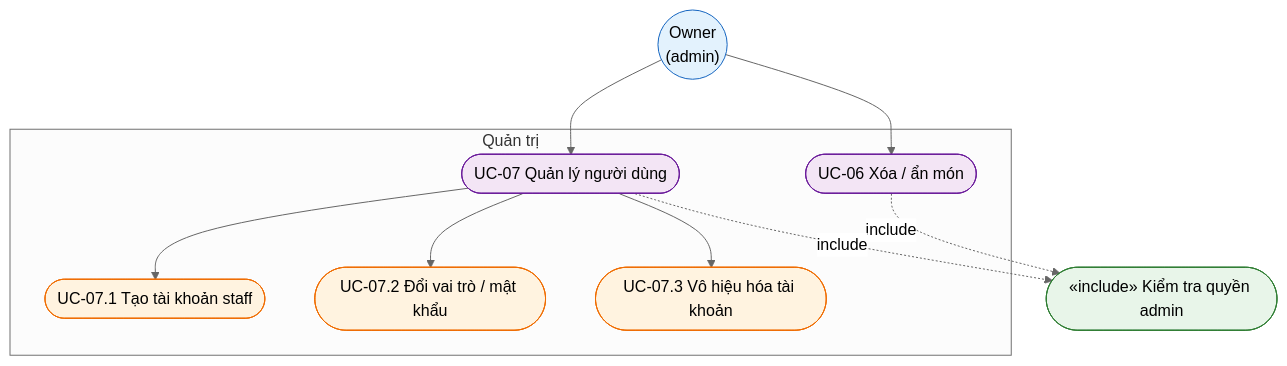
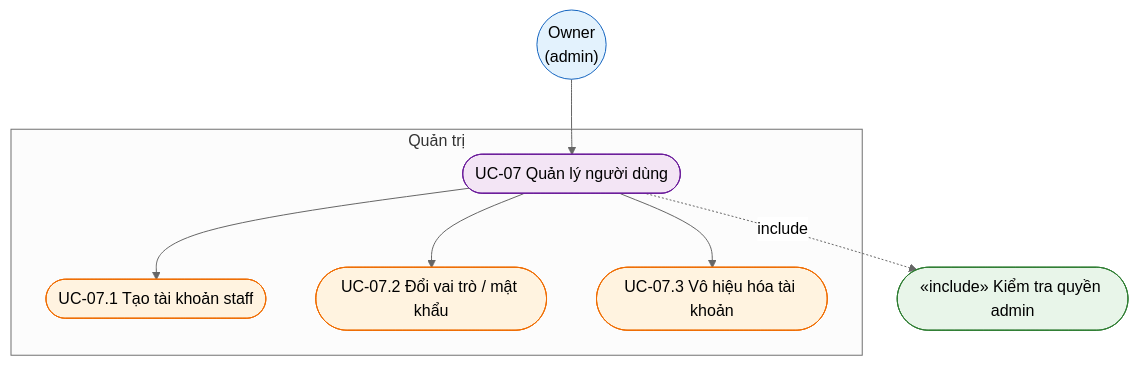
Before and after one commit to gems-digital/gem-digital-center-hub: the sixth of 6 diagrams in inventory-app/usecase/use-cases.md, drawn with Mermaid (neutral theme). The commit also changed other lines of this file and 2 other files, not shown here.

First line of the commit message:
docs: design soft-delete (ẩn món) feature for inventory UC-06

````diff
--- a/inventory-app/usecase/use-cases.md
+++ b/inventory-app/usecase/use-cases.md
@@ -166,20 +193,18 @@
 ```mermaid
 flowchart TB
     o(("Owner<br/>(admin)")):::actor
-    subgraph G4["Quản trị"]
-      u6(["UC-06 Xóa / ẩn món"]):::uc
+    subgraph G4b["Quản trị"]
       u7(["UC-07 Quản lý người dùng"]):::uc
       u71(["UC-07.1 Tạo tài khoản staff"]):::sub
       u72(["UC-07.2 Đổi vai trò / mật khẩu"]):::sub
       u73(["UC-07.3 Vô hiệu hóa tài khoản"]):::sub
     end
     rbac(["«include» Kiểm tra quyền admin"]):::inc
-    o --> u6 & u7
+    o --> u7
     u7 --> u71 & u72 & u73
-    u6 -. include .-> rbac
     u7 -. include .-> rbac
     classDef actor fill:#e3f2fd,stroke:#1565c0;
     classDef uc fill:#f3e5f5,stroke:#6a1b9a;
     classDef sub fill:#fff3e0,stroke:#ef6c00;
     classDef inc fill:#e8f5e9,stroke:#2e7d32;
 ```
````
